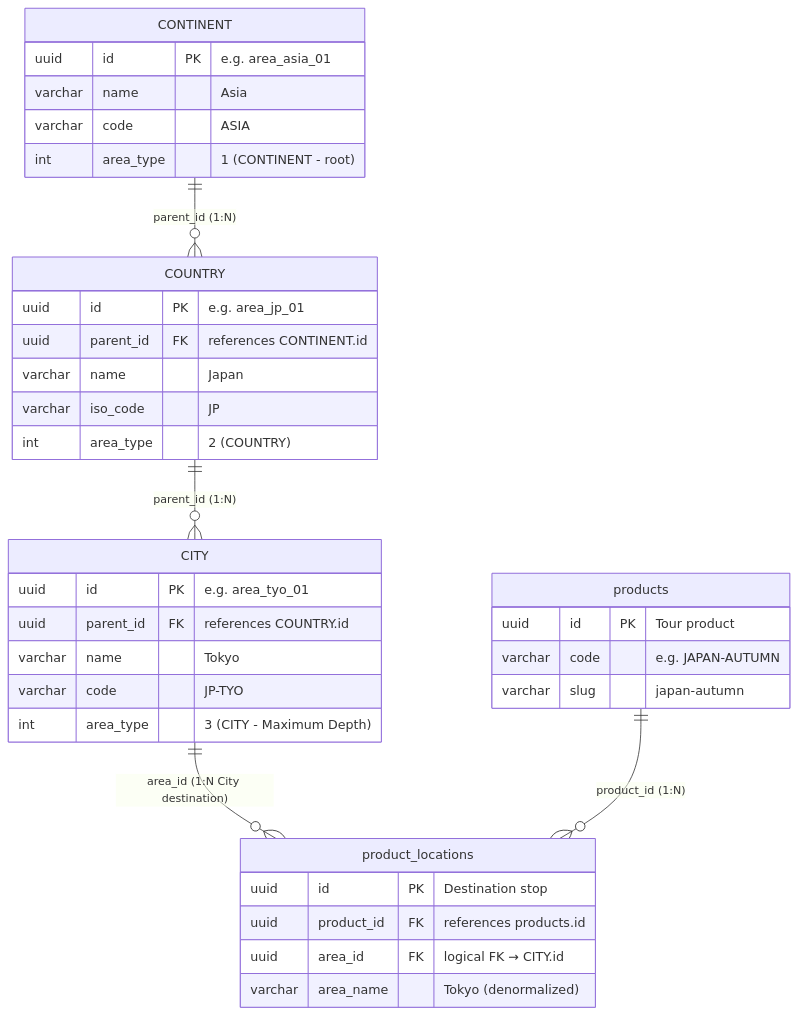
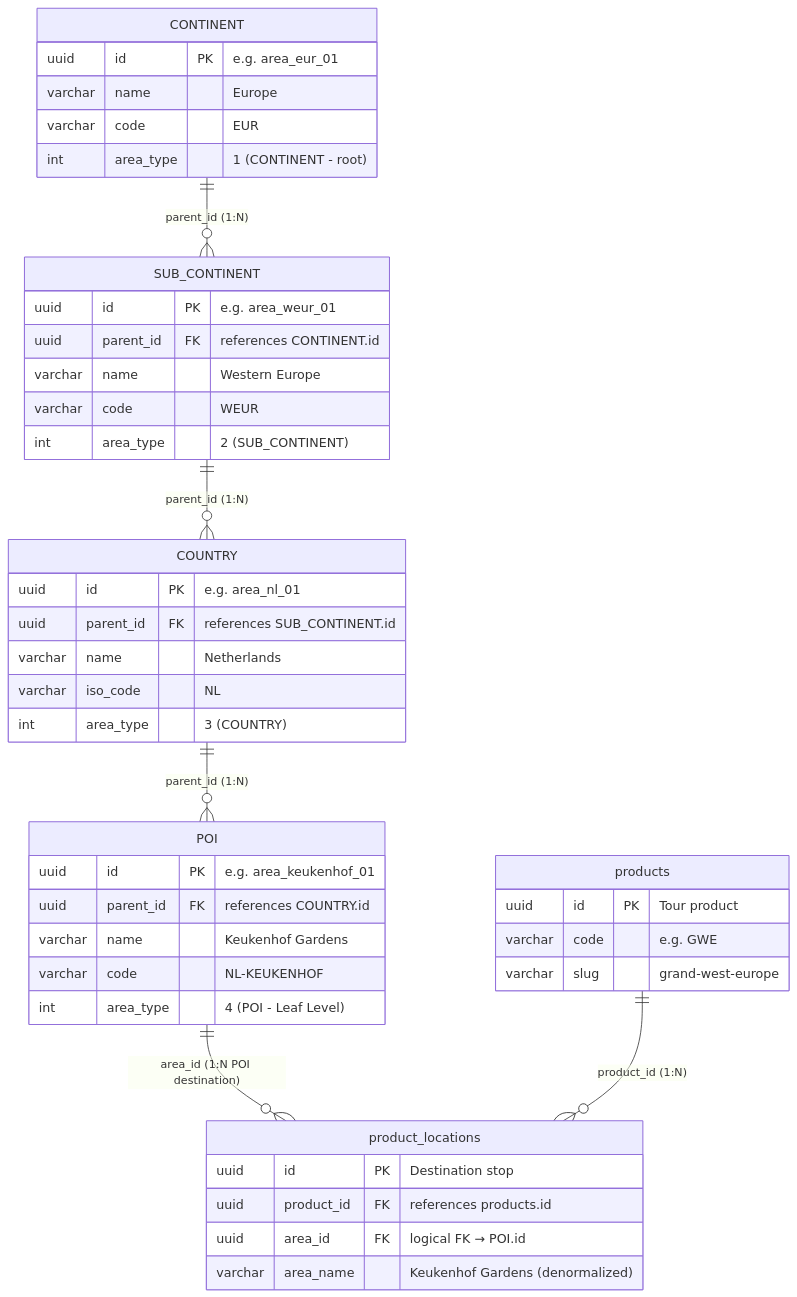
Before and after one commit to Haris-saifudin/hobiholidays-documentations: the second of 3 diagrams in technical/area-technical-design.md, drawn with Mermaid. The commit also changed other lines of this file and 3 other files, not shown here.

First line of the commit message:
docs(area): upgrade geographic hierarchy to 4-tier Continent -> Sub Continent -> Country -> POI

````diff
--- a/technical/area-technical-design.md
+++ b/technical/area-technical-design.md
@@ -211,43 +216,52 @@
 ```mermaid
 erDiagram
-    CONTINENT ||--o{ COUNTRY : "parent_id (1:N)"
-    COUNTRY   ||--o{ CITY    : "parent_id (1:N)"
-    CITY      ||--o{ product_locations : "area_id (1:N City destination)"
-    products  ||--o{ product_locations : "product_id (1:N)"
+    CONTINENT     ||--o{ SUB_CONTINENT : "parent_id (1:N)"
+    SUB_CONTINENT ||--o{ COUNTRY       : "parent_id (1:N)"
+    COUNTRY       ||--o{ POI           : "parent_id (1:N)"
+    POI           ||--o{ product_locations : "area_id (1:N POI destination)"
+    products      ||--o{ product_locations : "product_id (1:N)"
 
     CONTINENT {
-        uuid    id          PK "e.g. area_asia_01"
-        varchar name        "Asia"
-        varchar code        "ASIA"
+        uuid    id          PK "e.g. area_eur_01"
+        varchar name        "Europe"
+        varchar code        "EUR"
         int     area_type   "1 (CONTINENT - root)"
     }
 
-    COUNTRY {
-        uuid    id          PK "e.g. area_jp_01"
+    SUB_CONTINENT {
+        uuid    id          PK "e.g. area_weur_01"
         uuid    parent_id   FK "references CONTINENT.id"
-        varchar name        "Japan"
-        varchar iso_code    "JP"
-        int     area_type   "2 (COUNTRY)"
+        varchar name        "Western Europe"
+        varchar code        "WEUR"
+        int     area_type   "2 (SUB_CONTINENT)"
     }
 
-    CITY {
-        uuid    id          PK "e.g. area_tyo_01"
+    COUNTRY {
+        uuid    id          PK "e.g. area_nl_01"
+        uuid    parent_id   FK "references SUB_CONTINENT.id"
+        varchar name        "Netherlands"
+        varchar iso_code    "NL"
+        int     area_type   "3 (COUNTRY)"
+    }
+
+    POI {
+        uuid    id          PK "e.g. area_keukenhof_01"
         uuid    parent_id   FK "references COUNTRY.id"
-        varchar name        "Tokyo"
-        varchar code        "JP-TYO"
-        int     area_type   "3 (CITY - Maximum Depth)"
+        varchar name        "Keukenhof Gardens"
+        varchar code        "NL-KEUKENHOF"
+        int     area_type   "4 (POI - Leaf Level)"
     }
 
     product_locations {
         uuid    id          PK "Destination stop"
         uuid    product_id  FK "references products.id"
-        uuid    area_id     FK "logical FK → CITY.id"
-        varchar area_name   "Tokyo (denormalized)"
+        uuid    area_id     FK "logical FK → POI.id"
+        varchar area_name   "Keukenhof Gardens (denormalized)"
     }
 
     products {
         uuid    id          PK "Tour product"
-        varchar code        "e.g. JAPAN-AUTUMN"
-        varchar slug        "japan-autumn"
+        varchar code        "e.g. GWE"
+        varchar slug        "grand-west-europe"
     }
 ```
````
